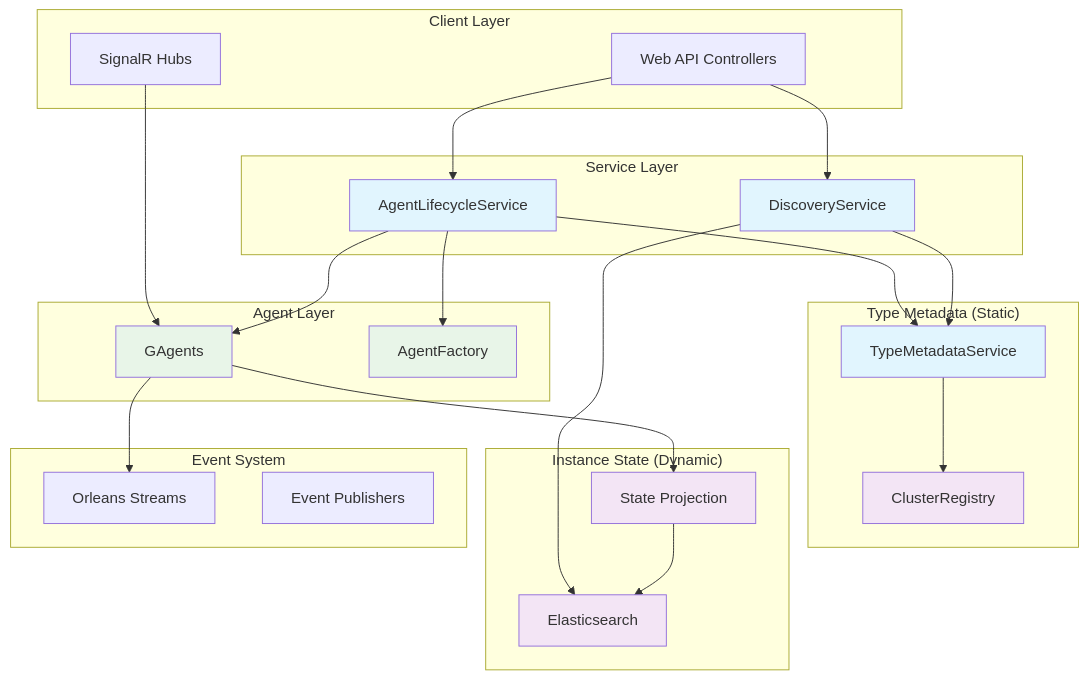
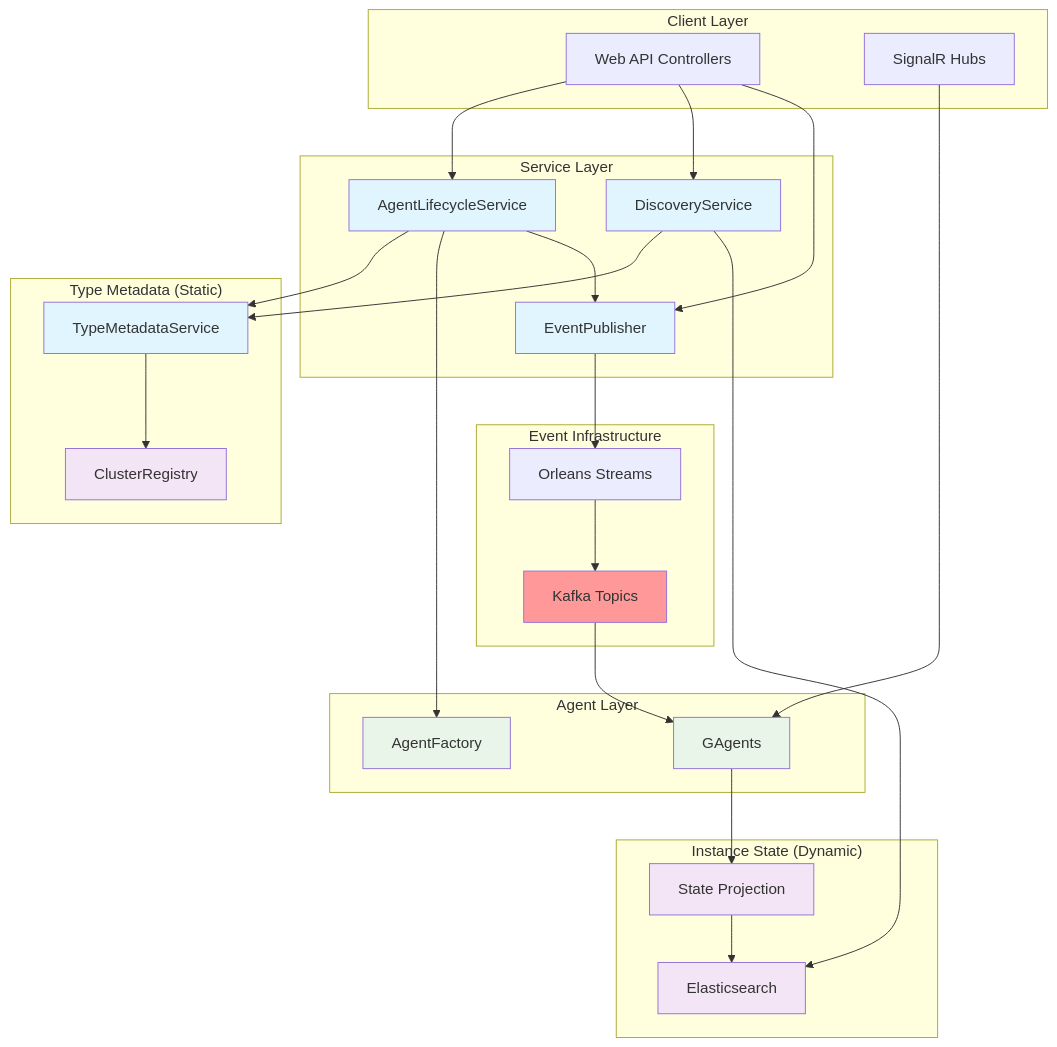
One commit to aevatarAI/aevatar-station changed the first of 5 diagrams in Agent-Management-Architecture-Proposal.md. Above: the diagram before and after it, drawn with Mermaid. The commit also changed other lines of this file, not shown here.

First line of the commit message:
feat: add Orleans stream-based event delivery architecture

````diff
--- a/Agent-Management-Architecture-Proposal.md
+++ b/Agent-Management-Architecture-Proposal.md
@@ -20,53 +20,59 @@
 ```mermaid
 graph TB
     subgraph "Client Layer"
         API[Web API Controllers]
         SH[SignalR Hubs]
     end
     
     subgraph "Service Layer"
         ALS[AgentLifecycleService]
         DS[DiscoveryService]
+        EP[EventPublisher]
     end
     
     subgraph "Type Metadata (Static)"
         TMS[TypeMetadataService]
         Registry[ClusterRegistry]
     end
     
     subgraph "Agent Layer"
         GA[GAgents]
         AF[AgentFactory]
     end
     
     subgraph "Instance State (Dynamic)"
         ES[Elasticsearch]
         Pipeline[State Projection]
     end
     
-    subgraph "Event System"
+    subgraph "Event Infrastructure"
+        K[Kafka Topics]
         OStreams[Orleans Streams]
-        EP[Event Publishers]
     end
     
     API --> ALS
     API --> DS
+    API --> EP
+    EP --> OStreams
+    OStreams --> K
+    K --> GA
     SH --> GA
     ALS --> TMS
     ALS --> AF
-    ALS --> GA
+    ALS --> EP
     DS --> TMS
     DS --> ES
     GA --> Pipeline
-    GA --> OStreams
     Pipeline --> ES
     TMS --> Registry
     
     classDef service fill:#e1f5fe
     classDef data fill:#f3e5f5
     classDef agent fill:#e8f5e8
+    classDef kafka fill:#ff9999
     
-    class ALS,DS,TMS service
+    class ALS,DS,TMS,EP service
     class ES,Registry,Pipeline data
     class GA,AF agent
+    class K kafka
 ```
````
